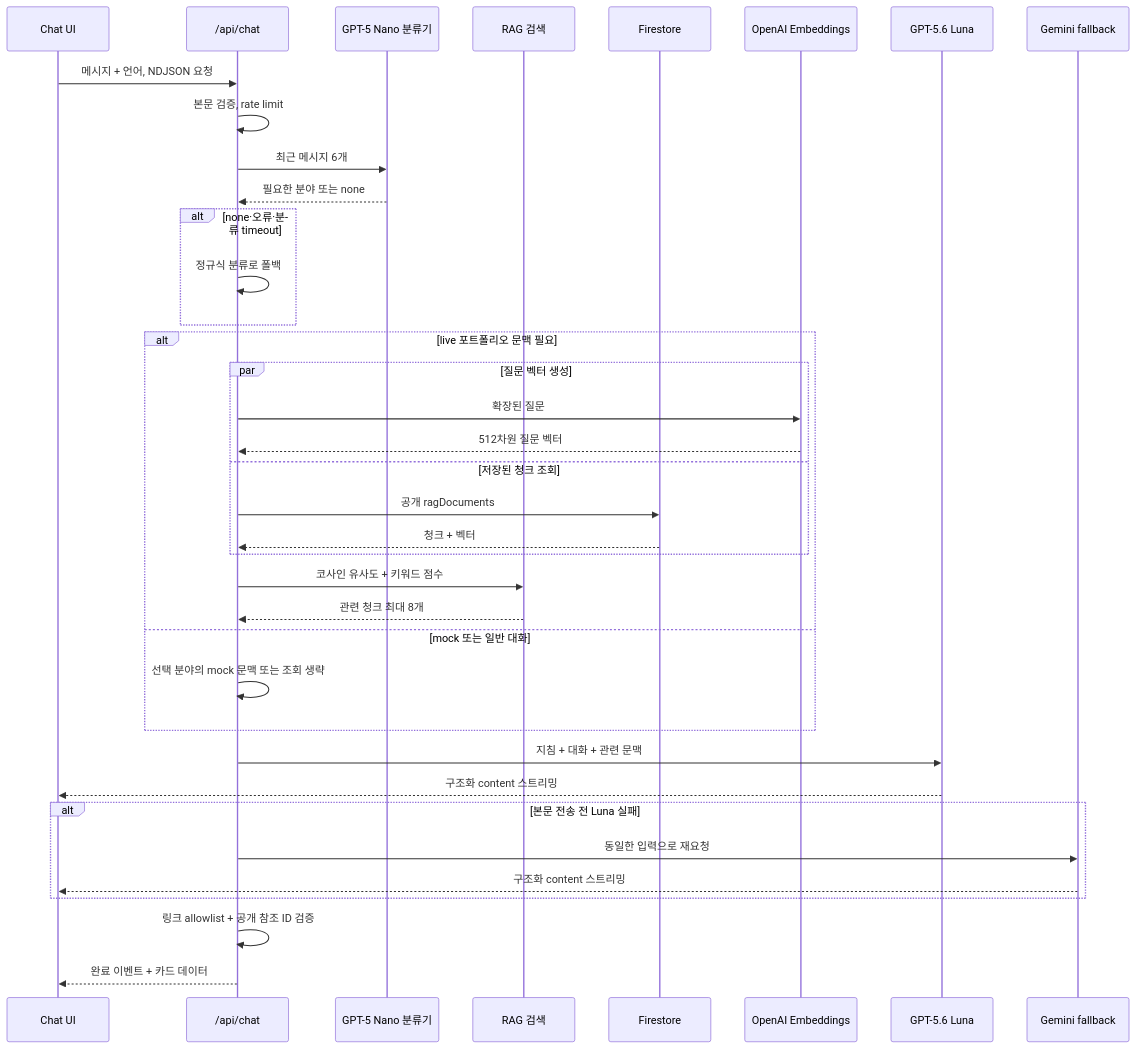
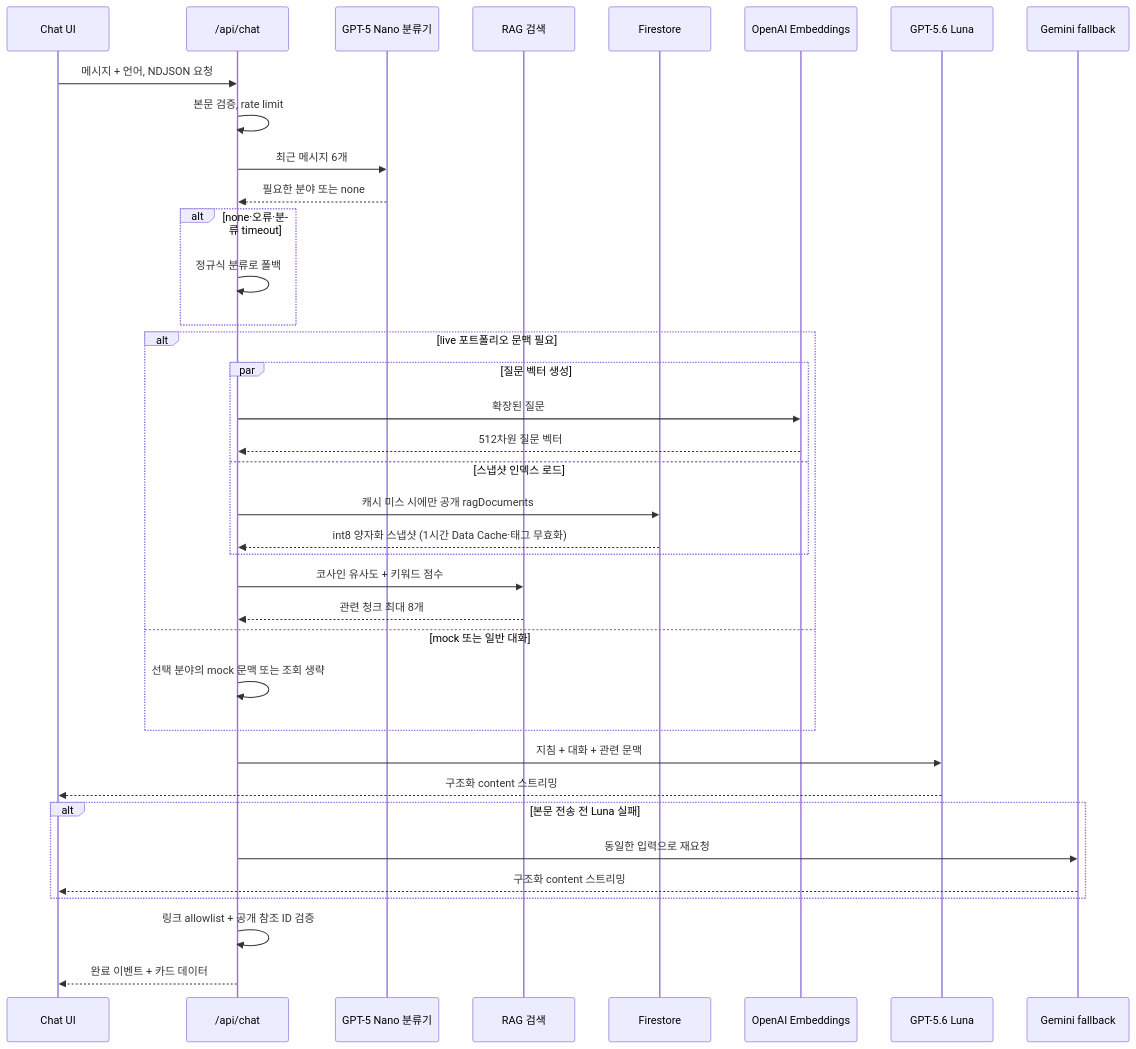
One commit to SJLee-0525/aperture changed the second of 5 diagrams in docs/chatbot-search-architecture.md. Above: the diagram before and after it, drawn with Mermaid. The commit also changed other lines of this file and 1 other file, not shown here.

Commit message:
[DOCS] 512 차원·스냅샷 캐시를 env 예시·문서·프로젝트 콘텐츠에 반영
- .env.example: EMBEDDING_PROVIDER_DIMENSIONS=512 + 모델·차원 변경 시
  전체 재생성 필요 안내
- 챗봇 설계 문서: 시퀀스 다이어그램의 청크 조회를 스냅샷 캐시 fill로 수정,
  구현 파일 표에 rag-index.ts 추가
- Aperture.md 트러블슈팅 9: raw 7MB 미캐시 서술을 int8 스냅샷 캐시·512차원·
  증분 동기화 fresh 읽기로 갱신 (ko/en)

````diff
--- a/docs/chatbot-search-architecture.md
+++ b/docs/chatbot-search-architecture.md
@@ -81,40 +81,40 @@
 ```mermaid
 sequenceDiagram
     participant UI as Chat UI
     participant API as /api/chat
     participant N as GPT-5 Nano 분류기
     participant RAG as RAG 검색
     participant FS as Firestore
     participant EMB as OpenAI Embeddings
     participant L as GPT-5.6 Luna
     participant G as Gemini fallback
 
     UI->>API: 메시지 + 언어, NDJSON 요청
     API->>API: 본문 검증, rate limit
     API->>N: 최근 메시지 6개
     N-->>API: 필요한 분야 또는 none
     alt none·오류·분류 timeout
         API->>API: 정규식 분류로 폴백
     end
     alt live 포트폴리오 문맥 필요
         par 질문 벡터 생성
             API->>EMB: 확장된 질문
             EMB-->>API: 512차원 질문 벡터
-        and 저장된 청크 조회
-            API->>FS: 공개 ragDocuments
-            FS-->>API: 청크 + 벡터
+        and 스냅샷 인덱스 로드
+            API->>FS: 캐시 미스 시에만 공개 ragDocuments
+            FS-->>API: int8 양자화 스냅샷 (1시간 Data Cache·태그 무효화)
         end
         API->>RAG: 코사인 유사도 + 키워드 점수
         RAG-->>API: 관련 청크 최대 8개
     else mock 또는 일반 대화
         API->>API: 선택 분야의 mock 문맥 또는 조회 생략
     end
     API->>L: 지침 + 대화 + 관련 문맥
     L-->>UI: 구조화 content 스트리밍
     alt 본문 전송 전 Luna 실패
         API->>G: 동일한 입력으로 재요청
         G-->>UI: 구조화 content 스트리밍
     end
     API->>API: 링크 allowlist + 공개 참조 ID 검증
     API-->>UI: 완료 이벤트 + 카드 데이터
 ```
````
